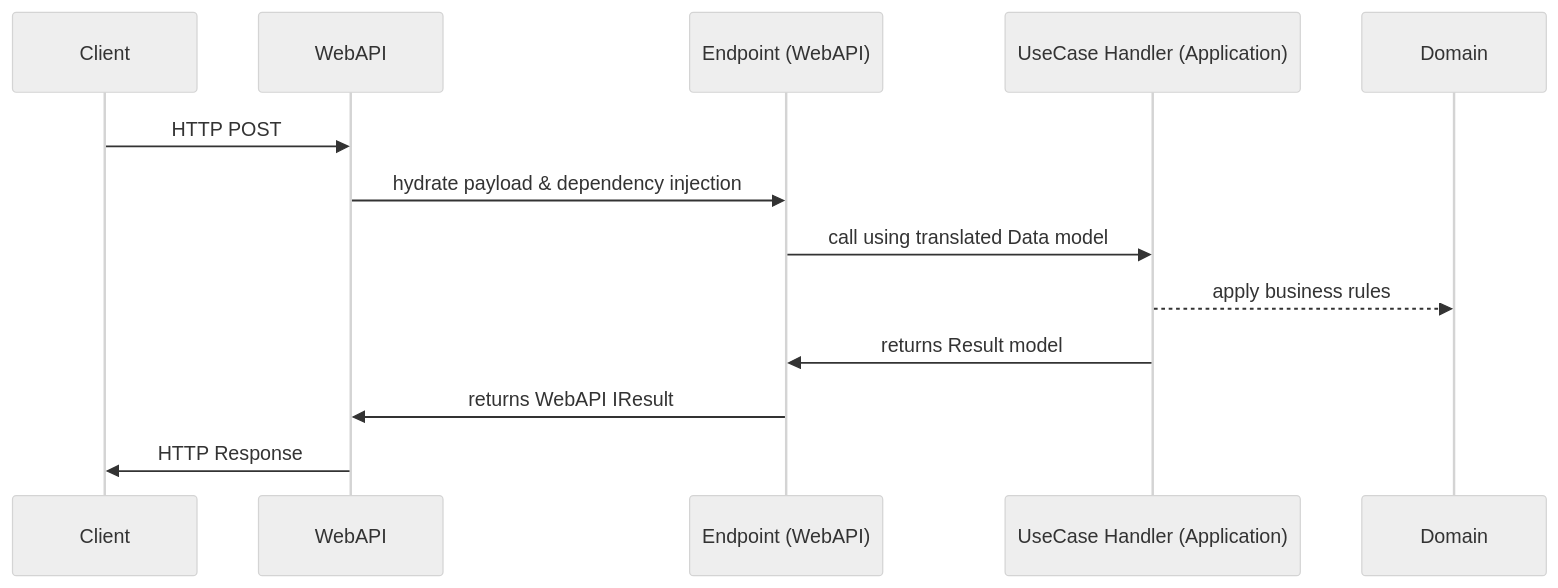
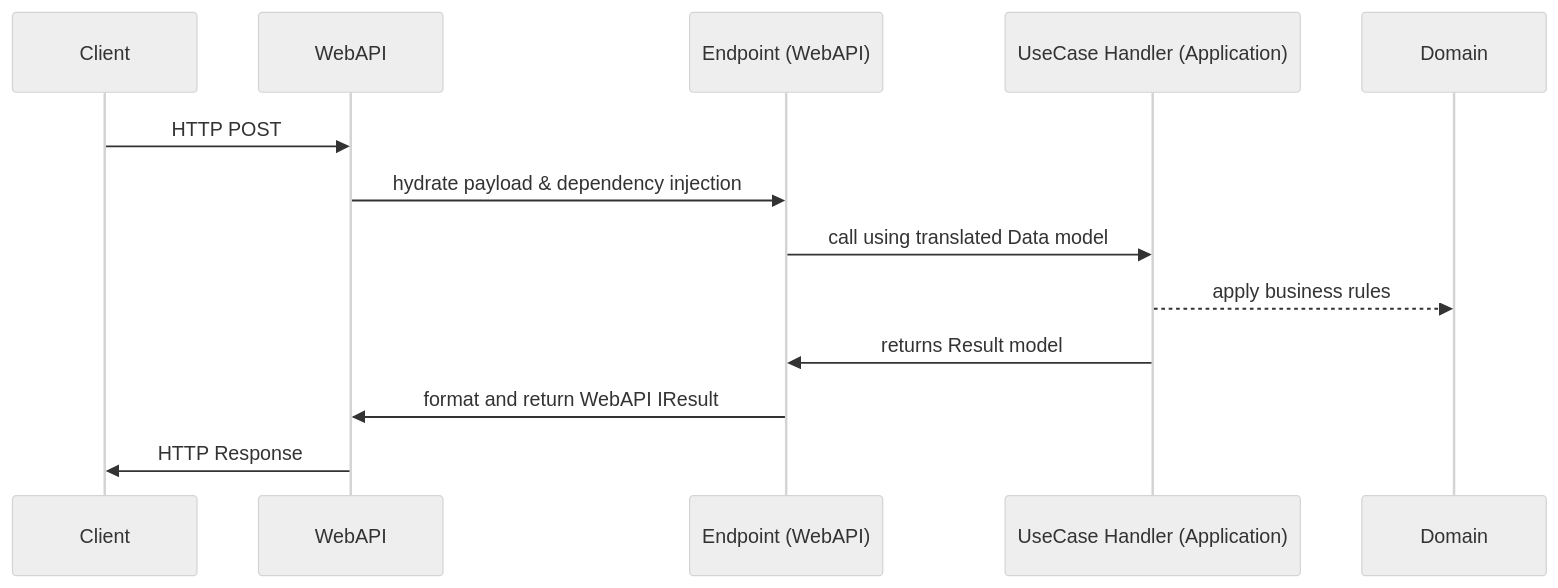
The fourth of 4 diagrams in README.md (vqalves/interplayers-password-validator), drawn with Mermaid (neutral theme) before and after one commit. The commit also changed other lines of this file and 13 other files, not shown here.

````diff
--- a/README.md
+++ b/README.md
@@ -73,10 +81,10 @@
 ```mermaid
 sequenceDiagram
     Client->>WebAPI: HTTP POST;
     WebAPI->>Endpoint (WebAPI): hydrate payload & dependency injection;
     Endpoint (WebAPI)->>UseCase Handler (Application): call using translated Data model; 
     UseCase Handler (Application)-->>Domain: apply business rules;
     UseCase Handler (Application)->>Endpoint (WebAPI): returns Result model;
-    Endpoint (WebAPI)->>WebAPI: returns WebAPI IResult;
+    Endpoint (WebAPI)->>WebAPI: format and return WebAPI IResult;
     WebAPI->>Client: HTTP Response
 ```
````
